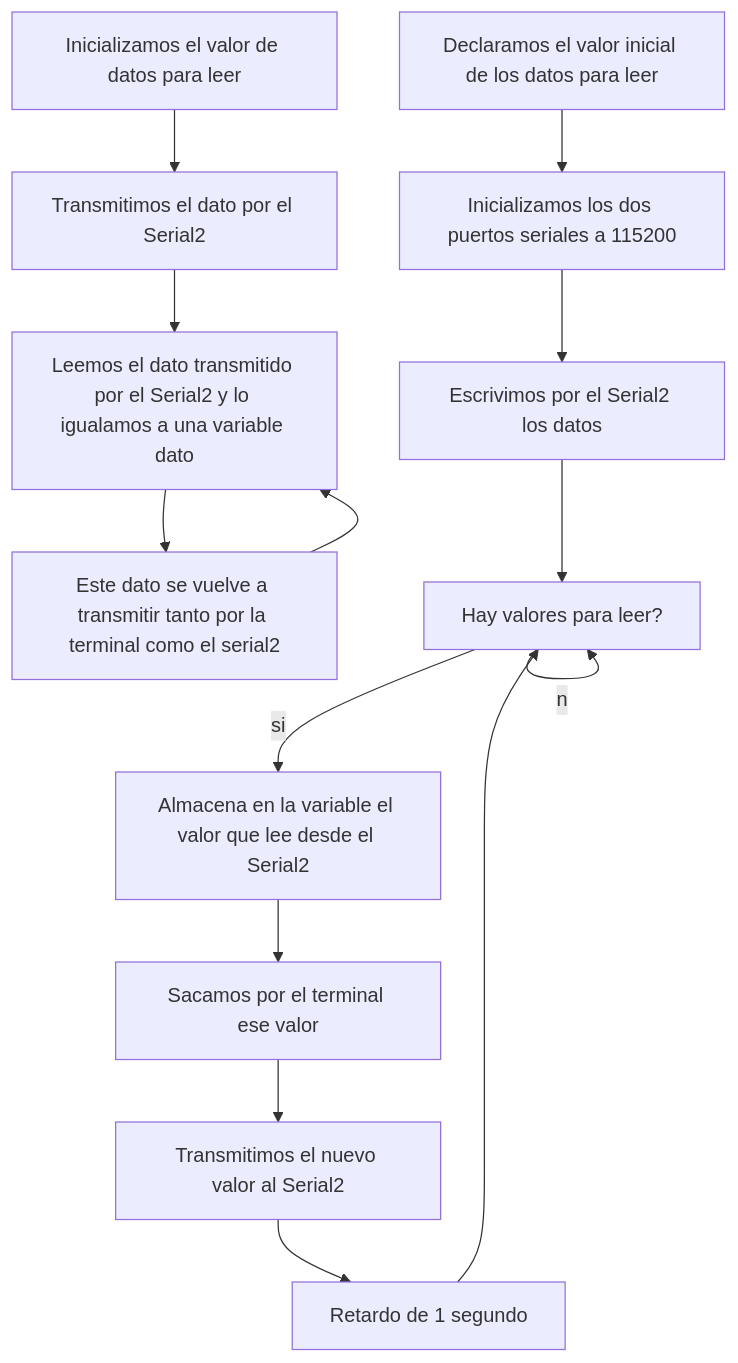
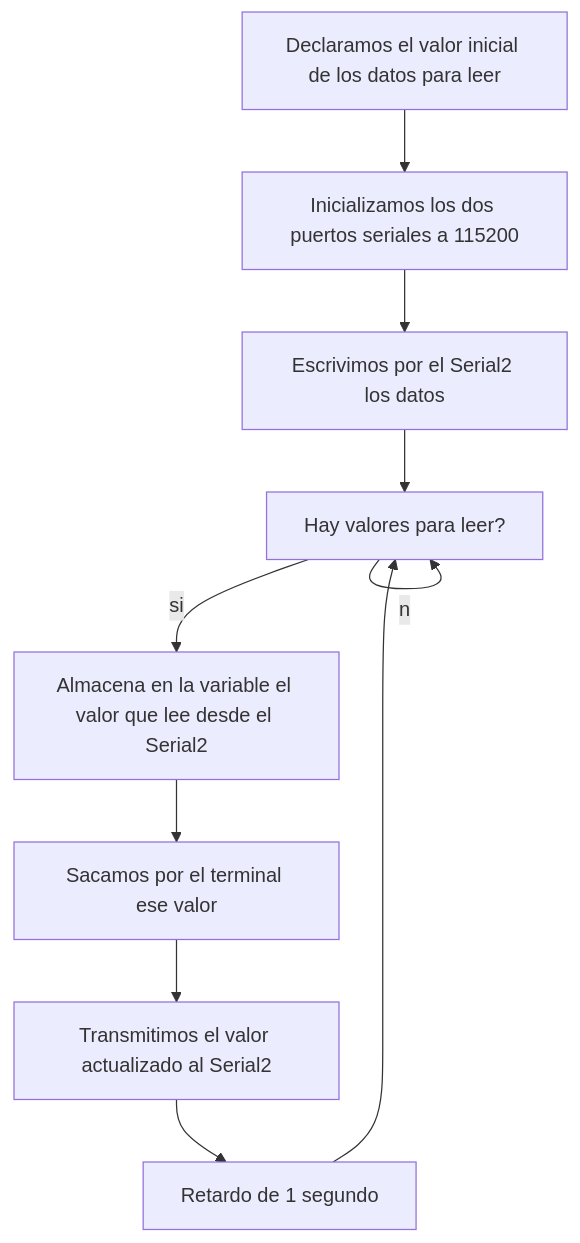
The diagram in README.md (ona03/PD_P8), drawn with Mermaid before and after one commit. The commit also changed other lines of this file, not shown here.

````diff
--- a/README.md
+++ b/README.md
@@ -143,16 +144,10 @@
 ```mermaid
 flowchart TD;
-  A[Inicializamos el valor de datos para leer]-->B;
-  B[Transmitimos el dato por el Serial2]-->C;
-  C[Leemos el dato transmitido por el Serial2 y lo igualamos a una variable dato]-->D;
-  D[Este dato se vuelve a transmitir tanto por la terminal como el serial2]-->C;
-
-
   a[Declaramos el valor inicial de los datos para leer]-->b;
   b[Inicializamos los dos puertos seriales a 115200]-->c[Escrivimos por el Serial2 los datos]-->d[Hay valores para leer?];
   d--si-->e[Almacena en la variable el valor que lee desde el Serial2];
   e-->f[Sacamos por el terminal ese valor];
-  f-->g[Transmitimos el nuevo valor al Serial2];
+  f-->g[Transmitimos el valor actualizado al Serial2];
   g-->h[Retardo de 1 segundo]-->d;
   d--no-->d;
 ```
````
